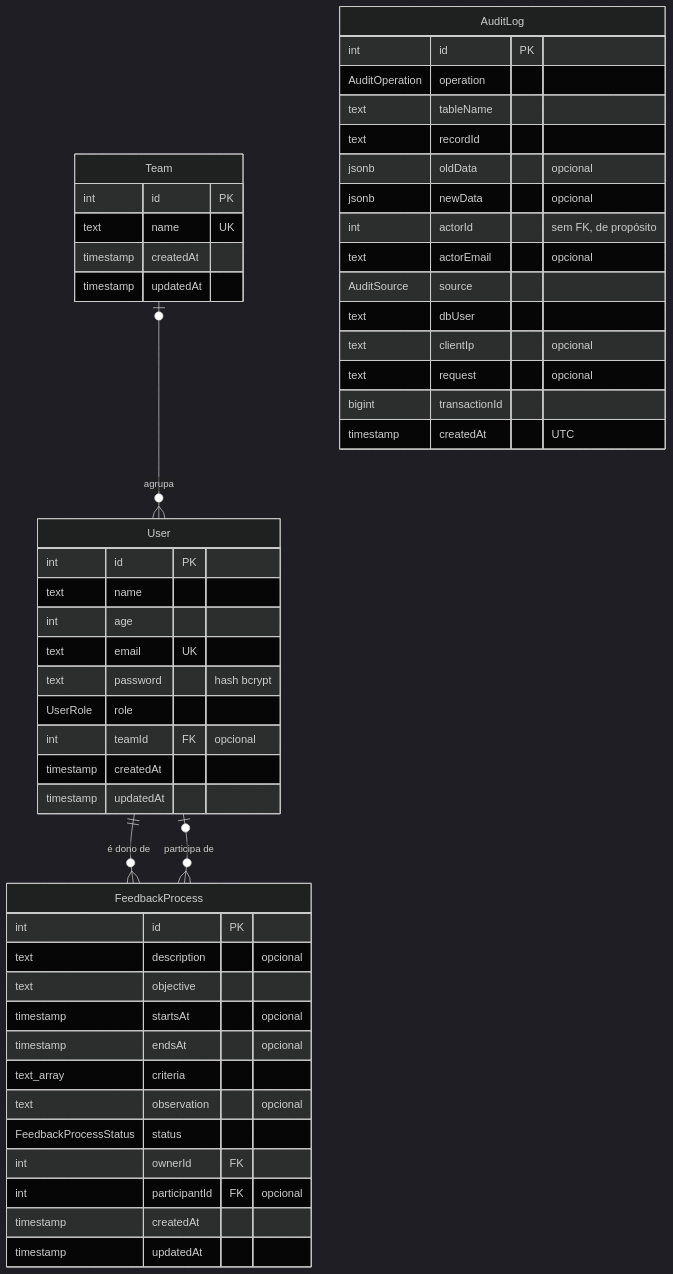
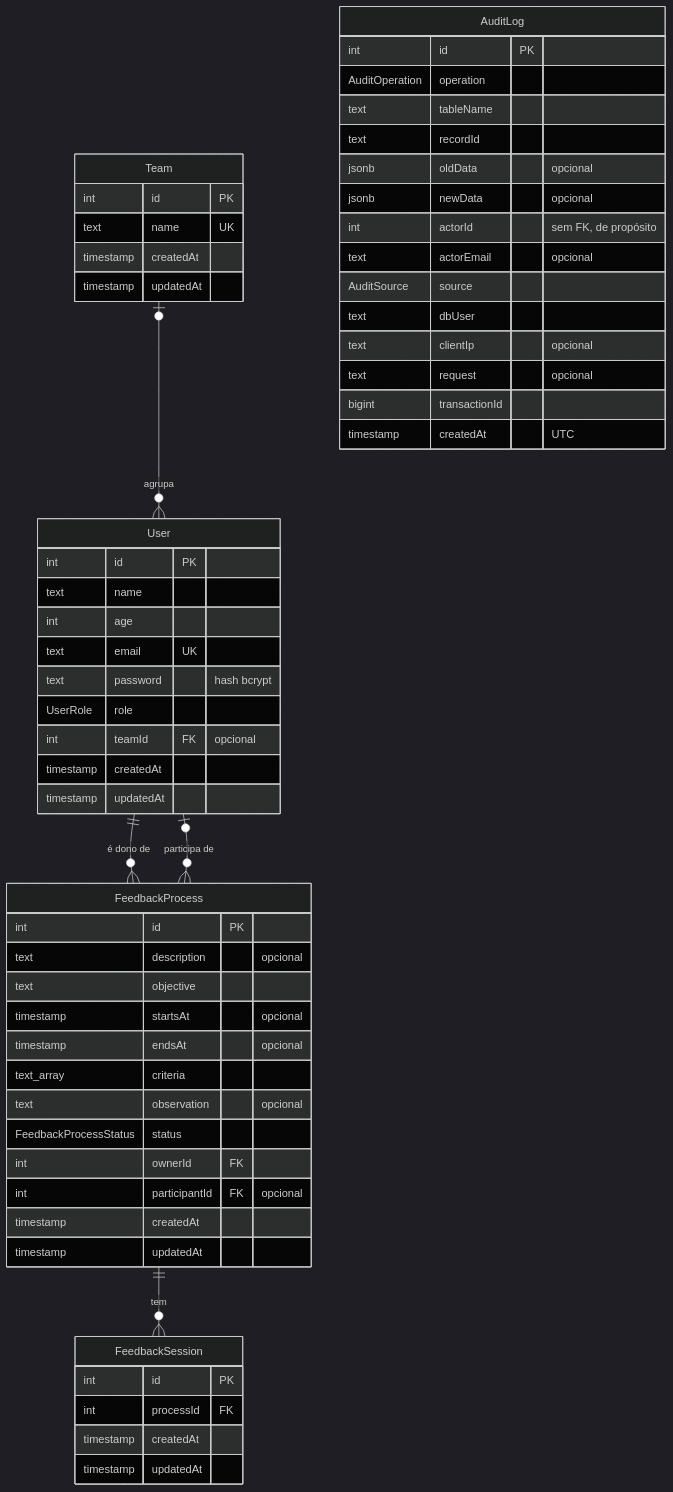
The diagram in docs/banco-de-dados.md (PedroLLou/tcc20261), drawn with Mermaid (dark theme) before and after one commit. The commit also changed other lines of this file, not shown here.

Commit message:
docs(banco): documenta a tabela de sessões de feedback

````diff
--- a/docs/banco-de-dados.md
+++ b/docs/banco-de-dados.md
@@ -43,54 +43,61 @@
 ```mermaid
 erDiagram
     Team |o--o{ User : "agrupa"
     User ||--o{ FeedbackProcess : "é dono de"
     User |o--o{ FeedbackProcess : "participa de"
+    FeedbackProcess ||--o{ FeedbackSession : "tem"
 
     Team {
         int id PK
         text name UK
         timestamp createdAt
         timestamp updatedAt
     }
     User {
         int id PK
         text name
         int age
         text email UK
         text password "hash bcrypt"
         UserRole role
         int teamId FK "opcional"
         timestamp createdAt
         timestamp updatedAt
     }
     FeedbackProcess {
         int id PK
         text description "opcional"
         text objective
         timestamp startsAt "opcional"
         timestamp endsAt "opcional"
         text_array criteria
         text observation "opcional"
         FeedbackProcessStatus status
         int ownerId FK
         int participantId FK "opcional"
         timestamp createdAt
         timestamp updatedAt
     }
+    FeedbackSession {
+        int id PK
+        int processId FK
+        timestamp createdAt
+        timestamp updatedAt
+    }
     AuditLog {
         int id PK
         AuditOperation operation
         text tableName
         text recordId
         jsonb oldData "opcional"
         jsonb newData "opcional"
         int actorId "sem FK, de propósito"
         text actorEmail "opcional"
         AuditSource source
         text dbUser
         text clientIp "opcional"
         text request "opcional"
         bigint transactionId
         timestamp createdAt "UTC"
     }
 ```
````
